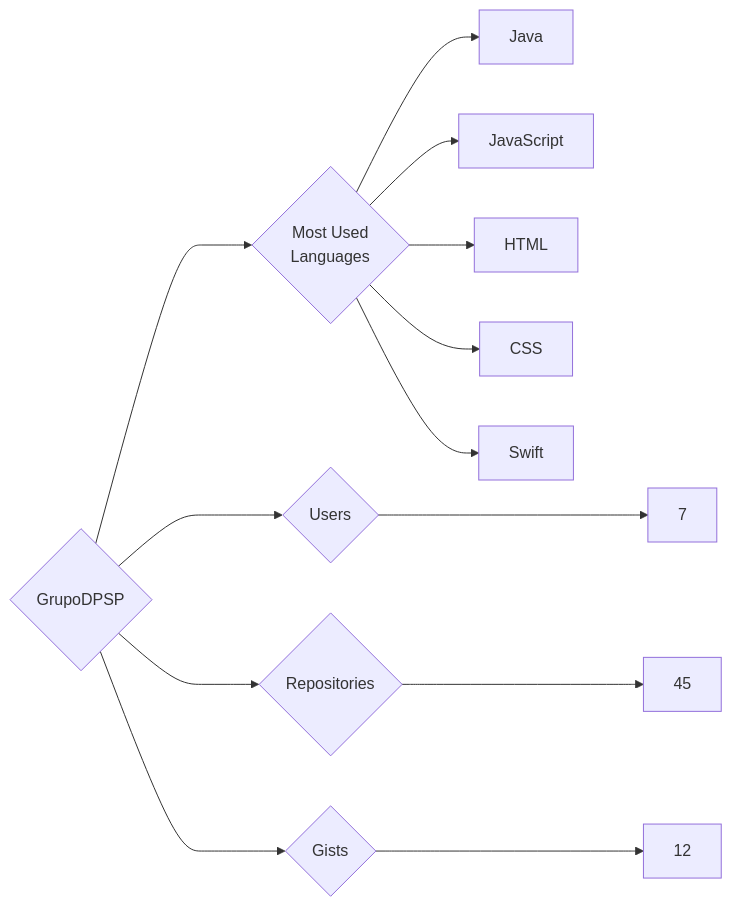
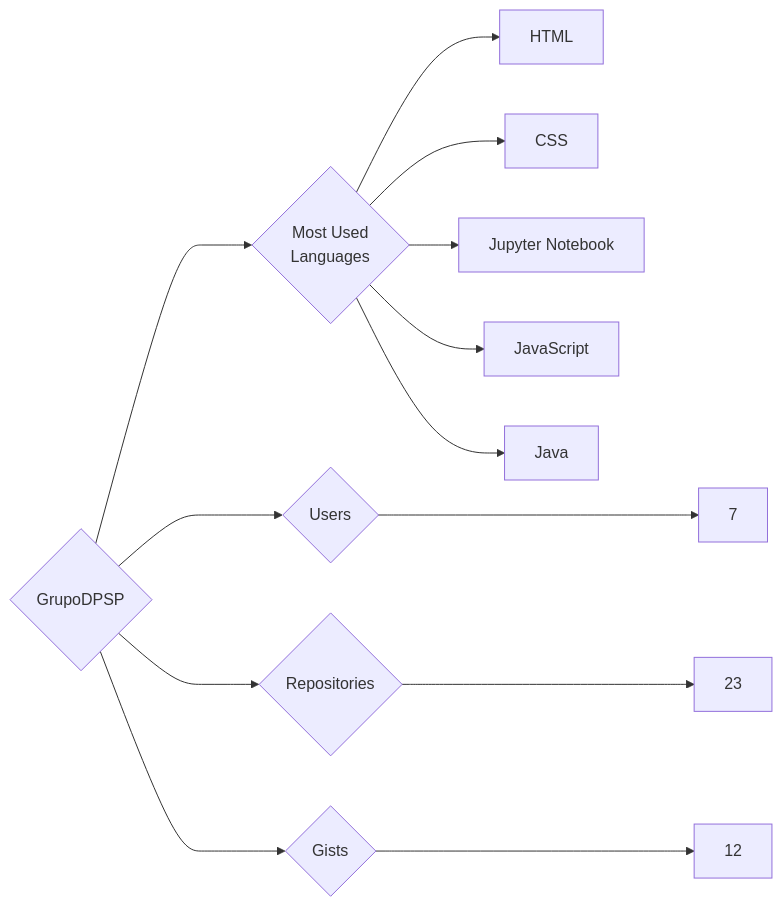
Before and after one commit to trickest/insiders: the diagram in targets/GrupoDPSP/README.md, drawn with Mermaid. The commit also changed 1089 other files, not shown here.

````diff
--- a/targets/GrupoDPSP/README.md
+++ b/targets/GrupoDPSP/README.md
@@ -3,13 +3,13 @@
 ```mermaid
 graph LR
 COMPANY_NAME{GrupoDPSP}
 COMPANY_NAME ---> U{Users} ---> UN[7]
-COMPANY_NAME ---> R{Repositories} ---> RN[45]
+COMPANY_NAME ---> R{Repositories} ---> RN[23]
 COMPANY_NAME ---> G{Gists} ---> GN[12]
 COMPANY_NAME ---> ML{Most Used<br>Languages}
-ML --> Java[Java]
-ML --> JavaScript[JavaScript]
 ML --> HTML[HTML]
 ML --> CSS[CSS]
-ML --> Swift[Swift]
+ML --> Jupyter_Notebook[Jupyter Notebook]
+ML --> JavaScript[JavaScript]
+ML --> Java[Java]
 ```
````
